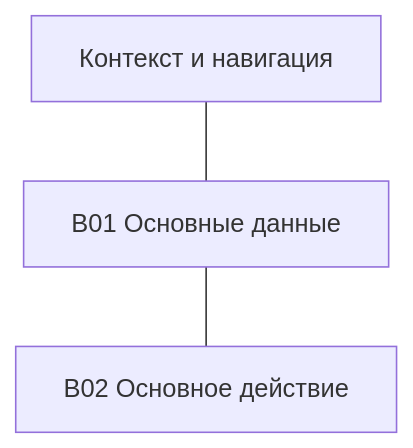
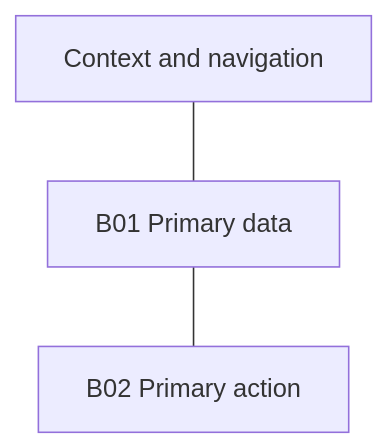
Before and after one commit to zxc0zxc0zxc/palarran-framework: the first of 3 diagrams in templates/ux/screen.md, drawn with Mermaid. The commit also changed other lines of this file and 783 other files, not shown here.

````diff
--- a/templates/ux/screen.md
+++ b/templates/ux/screen.md
@@ -20,5 +20,5 @@
 ```mermaid
 flowchart TB
-  H["Контекст и навигация"] --- B01["B01 Основные данные"]
-  B01 --- B02["B02 Основное действие"]
+  H["Context and navigation"] --- B01["B01 Primary data"]
+  B01 --- B02["B02 Primary action"]
 ```
````
